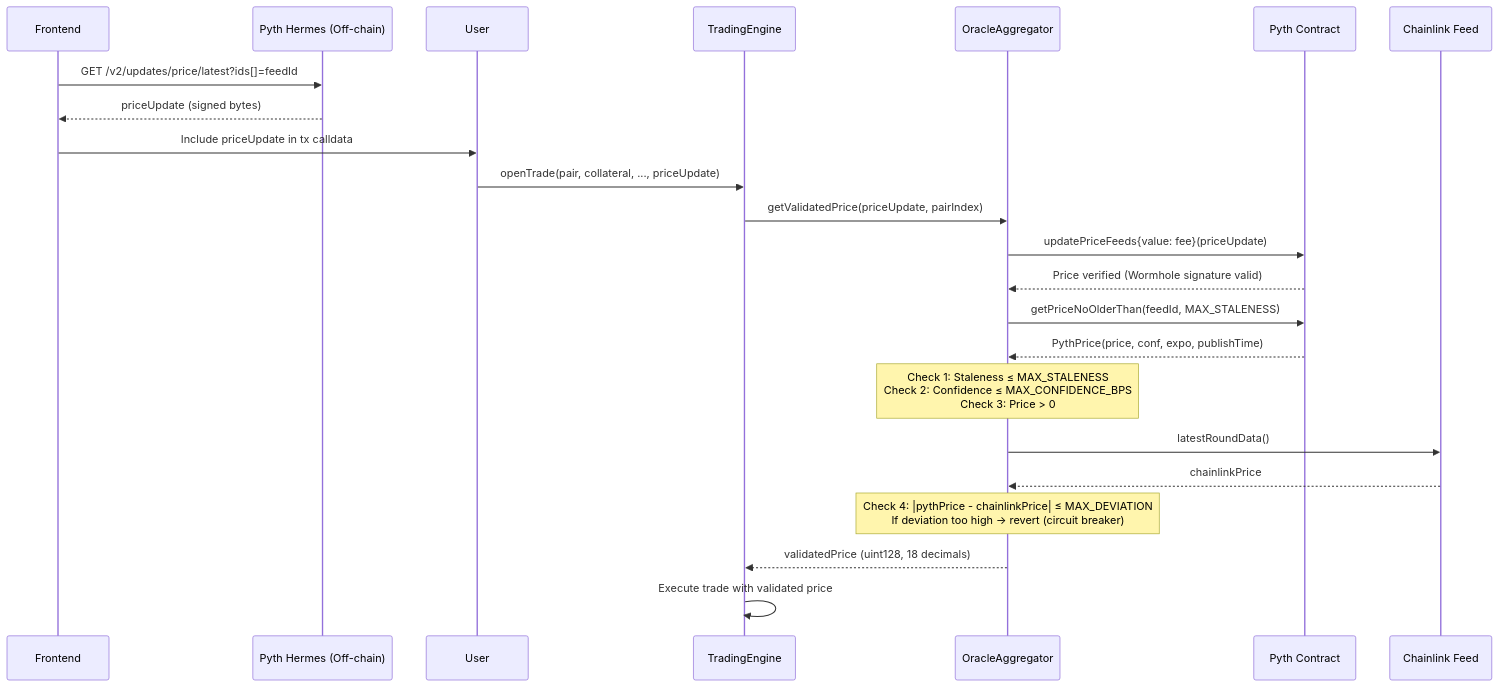
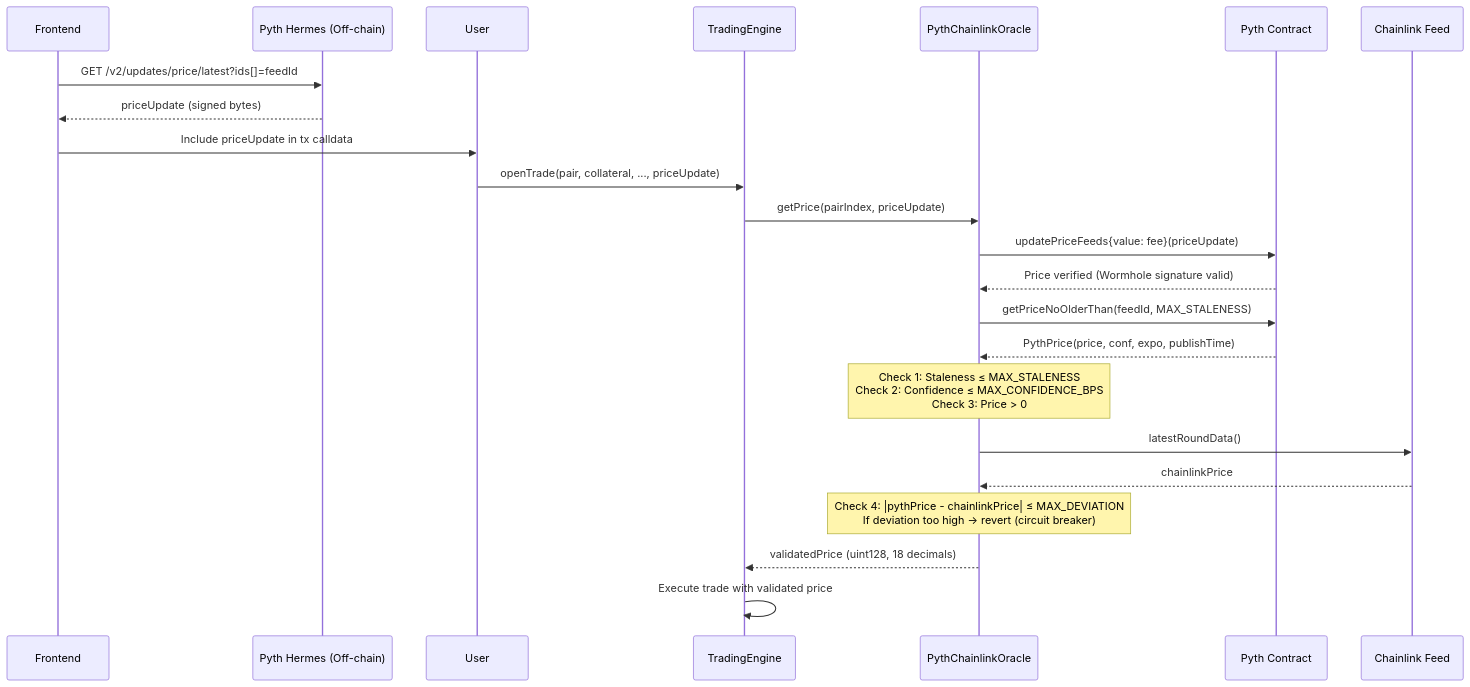
Before and after one commit to GushALKDev/evm-synthetic-trading-protocol: the second of 5 diagrams in docs/03-architecture.md, drawn with Mermaid. The commit also changed other lines of this file and 17 other files, not shown here.

````diff
--- a/docs/03-architecture.md
+++ b/docs/03-architecture.md
@@ -117,33 +117,33 @@
 ```mermaid
 sequenceDiagram
     participant Frontend
     participant Hermes as Pyth Hermes (Off-chain)
     participant User
     participant Engine as TradingEngine
-    participant Oracle as OracleAggregator
+    participant Oracle as PythChainlinkOracle
     participant Pyth as Pyth Contract
     participant CL as Chainlink Feed
 
     Frontend->>Hermes: GET /v2/updates/price/latest?ids[]=feedId
     Hermes-->>Frontend: priceUpdate (signed bytes)
     Frontend->>User: Include priceUpdate in tx calldata
 
     User->>Engine: openTrade(pair, collateral, ..., priceUpdate)
-    Engine->>Oracle: getValidatedPrice(priceUpdate, pairIndex)
+    Engine->>Oracle: getPrice(pairIndex, priceUpdate)
 
     Oracle->>Pyth: updatePriceFeeds{value: fee}(priceUpdate)
     Pyth-->>Oracle: Price verified (Wormhole signature valid)
 
     Oracle->>Pyth: getPriceNoOlderThan(feedId, MAX_STALENESS)
     Pyth-->>Oracle: PythPrice(price, conf, expo, publishTime)
 
     Note over Oracle: Check 1: Staleness ≤ MAX_STALENESS<br/>Check 2: Confidence ≤ MAX_CONFIDENCE_BPS<br/>Check 3: Price > 0
 
     Oracle->>CL: latestRoundData()
     CL-->>Oracle: chainlinkPrice
 
     Note over Oracle: Check 4: |pythPrice - chainlinkPrice| ≤ MAX_DEVIATION<br/>If deviation too high → revert (circuit breaker)
 
     Oracle-->>Engine: validatedPrice (uint128, 18 decimals)
     Engine->>Engine: Execute trade with validated price
 ```
````
